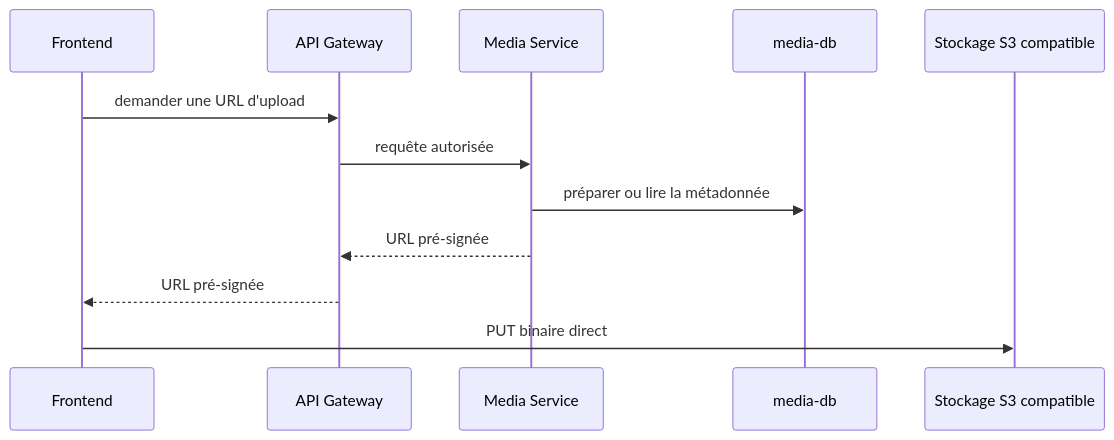
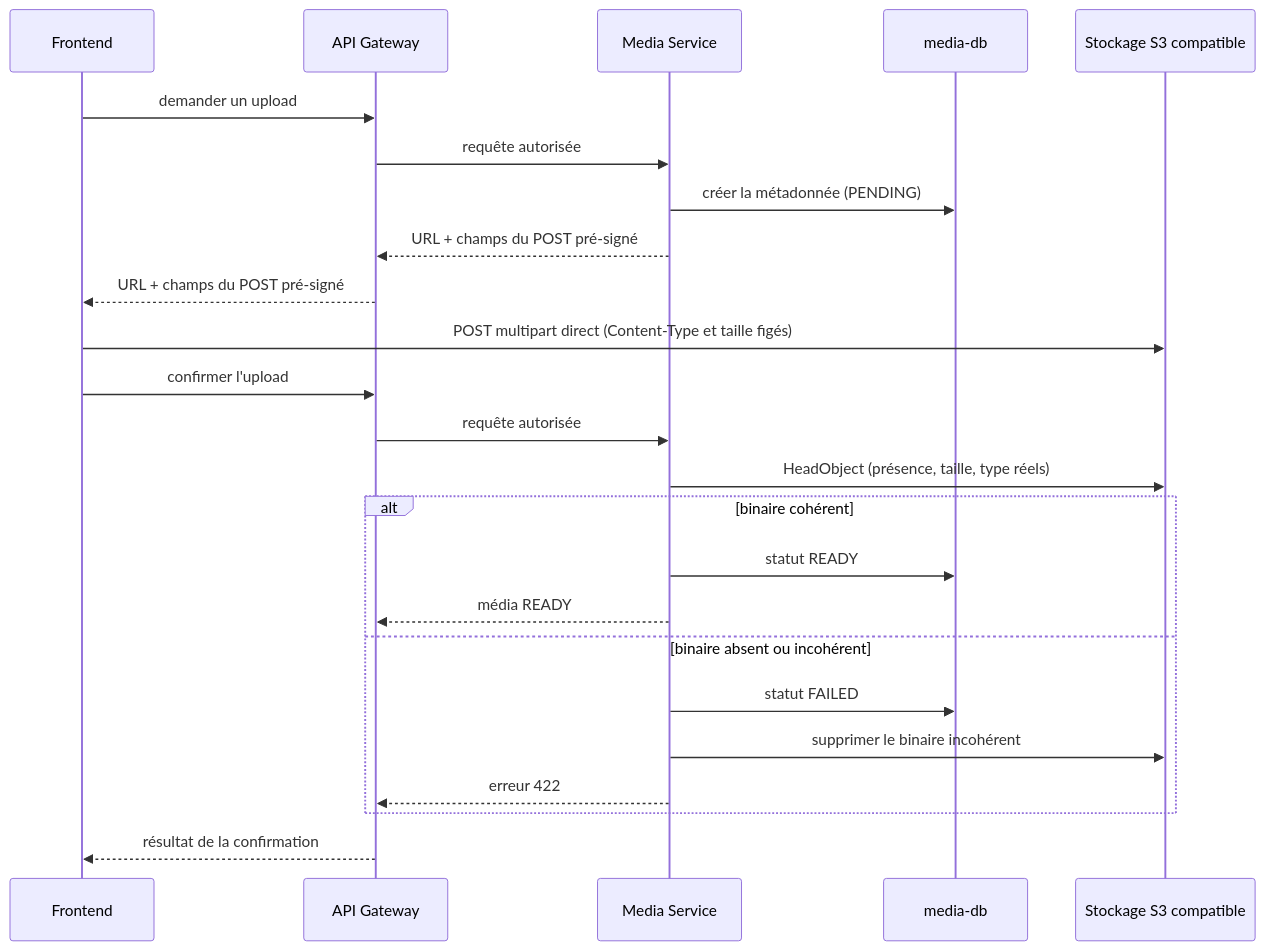
Before and after one commit to LagonaDeck/lagonadeck: the diagram in docs/architecture/media-storage.md, drawn with Mermaid. The commit also changed other lines of this file and 12 other files, not shown here.

````diff
--- a/docs/architecture/media-storage.md
+++ b/docs/architecture/media-storage.md
@@ -54,14 +75,26 @@
 ```mermaid
 sequenceDiagram
   participant F as Frontend
   participant G as API Gateway
   participant M as Media Service
   participant D as media-db
   participant O as Stockage S3 compatible
-  F->>G: demander une URL d'upload
+  F->>G: demander un upload
   G->>M: requête autorisée
-  M->>D: préparer ou lire la métadonnée
-  M-->>G: URL pré-signée
-  G-->>F: URL pré-signée
-  F->>O: PUT binaire direct
+  M->>D: créer la métadonnée (PENDING)
+  M-->>G: URL + champs du POST pré-signé
+  G-->>F: URL + champs du POST pré-signé
+  F->>O: POST multipart direct (Content-Type et taille figés)
+  F->>G: confirmer l'upload
+  G->>M: requête autorisée
+  M->>O: HeadObject (présence, taille, type réels)
+  alt binaire cohérent
+    M->>D: statut READY
+    M-->>G: média READY
+  else binaire absent ou incohérent
+    M->>D: statut FAILED
+    M->>O: supprimer le binaire incohérent
+    M-->>G: erreur 422
+  end
+  G-->>F: résultat de la confirmation
 ```
````
